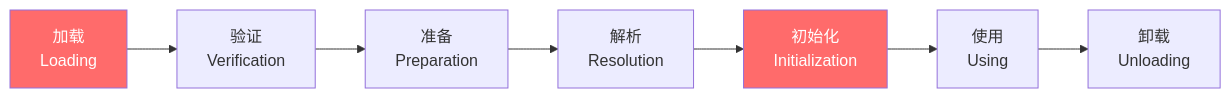
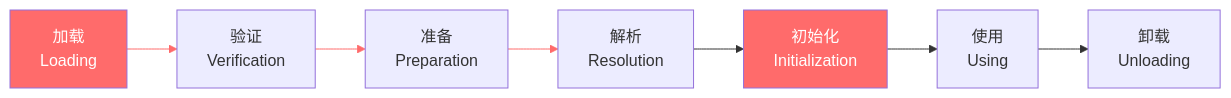
Before and after one commit to qigao0787-ops/gq-test: diagram 15 of 34 in document/strengthen/性能调优面试总结_增强版.md, drawn with Mermaid. The commit also changed other lines of this file, not shown here.

````diff
--- a/document/strengthen/性能调优面试总结_增强版.md
+++ b/document/strengthen/性能调优面试总结_增强版.md
@@ -392,12 +943,14 @@
 ```mermaid
 flowchart LR
-    A[加载<br/>Loading] --> B[验证<br/>Verification]
-    B --> C[准备<br/>Preparation]
-    C --> D[解析<br/>Resolution]
-    D --> E[初始化<br/>Initialization]
-    E --> F[使用<br/>Using]
-    F --> G[卸载<br/>Unloading]
+    A["加载<br/>Loading"] --> B["验证<br/>Verification"]
+    B --> C["准备<br/>Preparation"]
+    C --> D["解析<br/>Resolution"]
+    D --> E["初始化<br/>Initialization"]
+    E --> F["使用<br/>Using"]
+    F --> G["卸载<br/>Unloading"]
 
     style A fill:#ff6b6b,color:#fff
     style E fill:#ff6b6b,color:#fff
+
+    linkStyle 0,1,2 stroke:#ff6b6b
 ```
````
